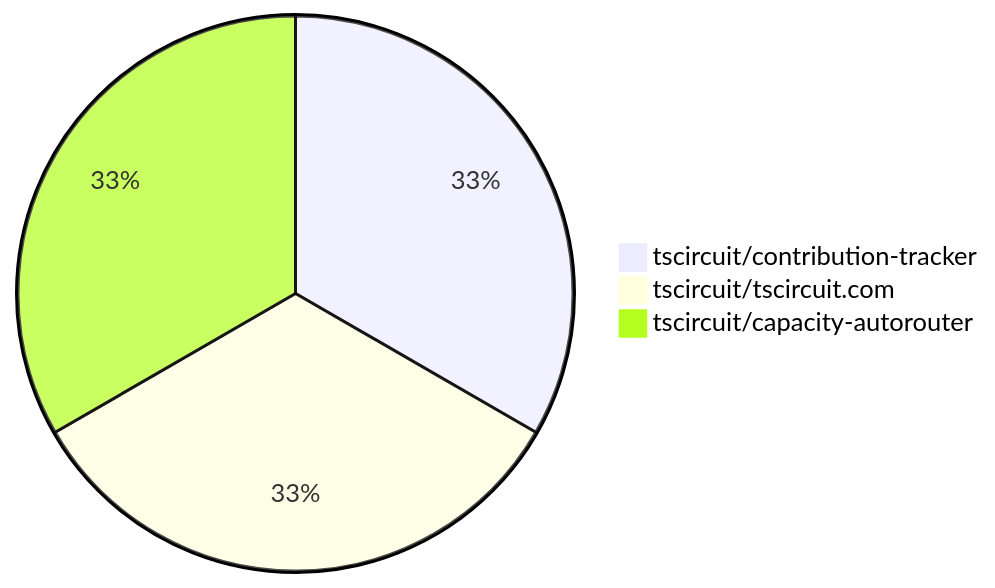
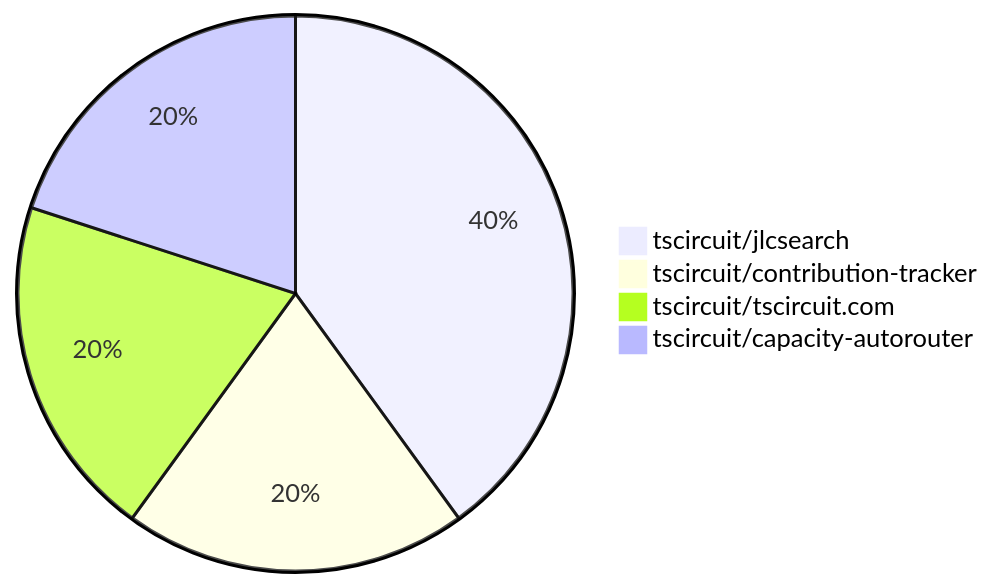
One commit to tscircuit/contribution-tracker changed the diagram in contribution-overviews/2025-03-05.md. Above: the diagram before and after it, drawn with Mermaid. The commit also changed other lines of this file and 2 other files, not shown here.

````diff
--- a/contribution-overviews/2025-03-05.md
+++ b/contribution-overviews/2025-03-05.md
@@ -5,6 +5,7 @@
 ```mermaid
 pie
+    "tscircuit/jlcsearch" : 2
     "tscircuit/contribution-tracker" : 1
     "tscircuit/tscircuit.com" : 1
     "tscircuit/capacity-autorouter" : 1
 ```
````
